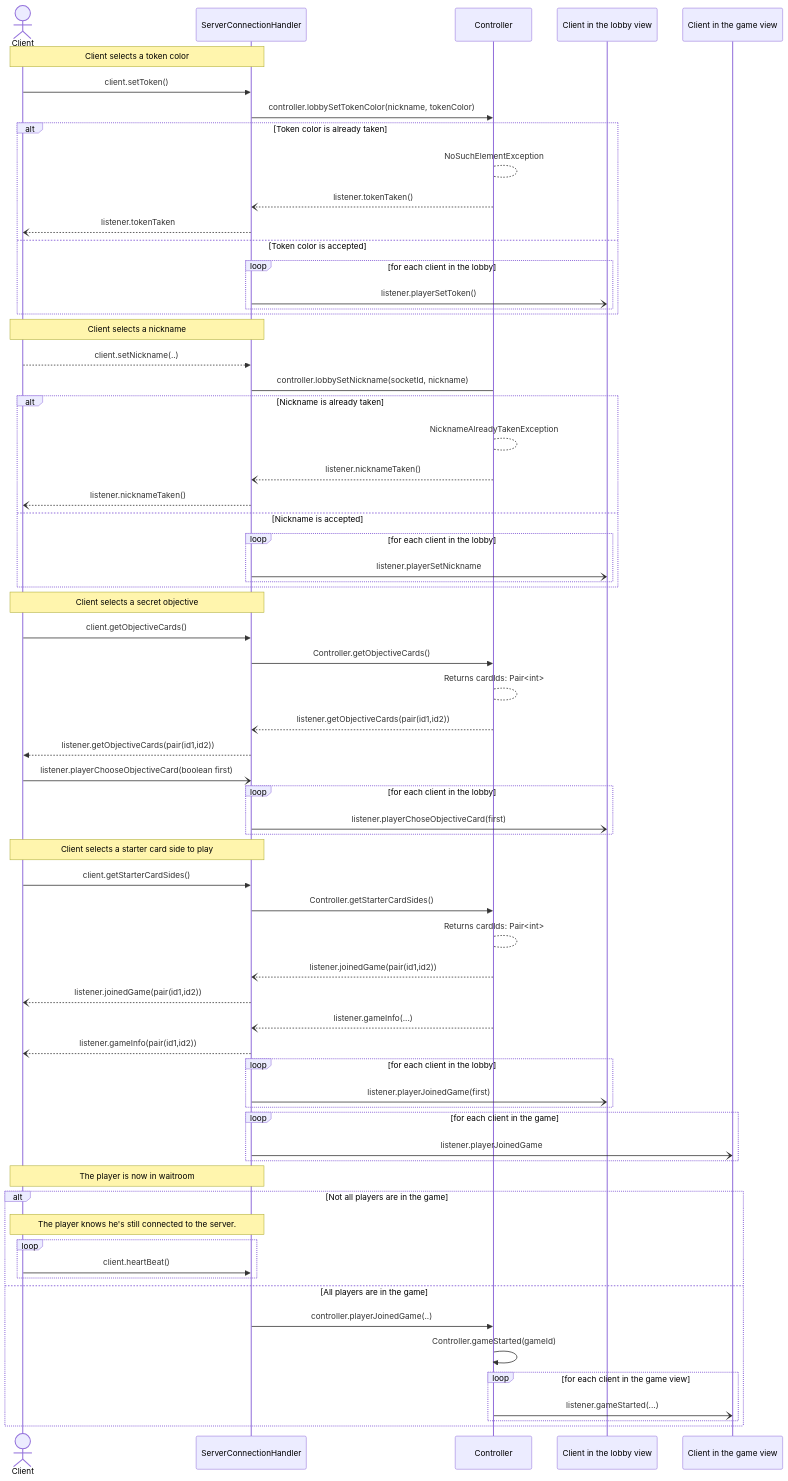
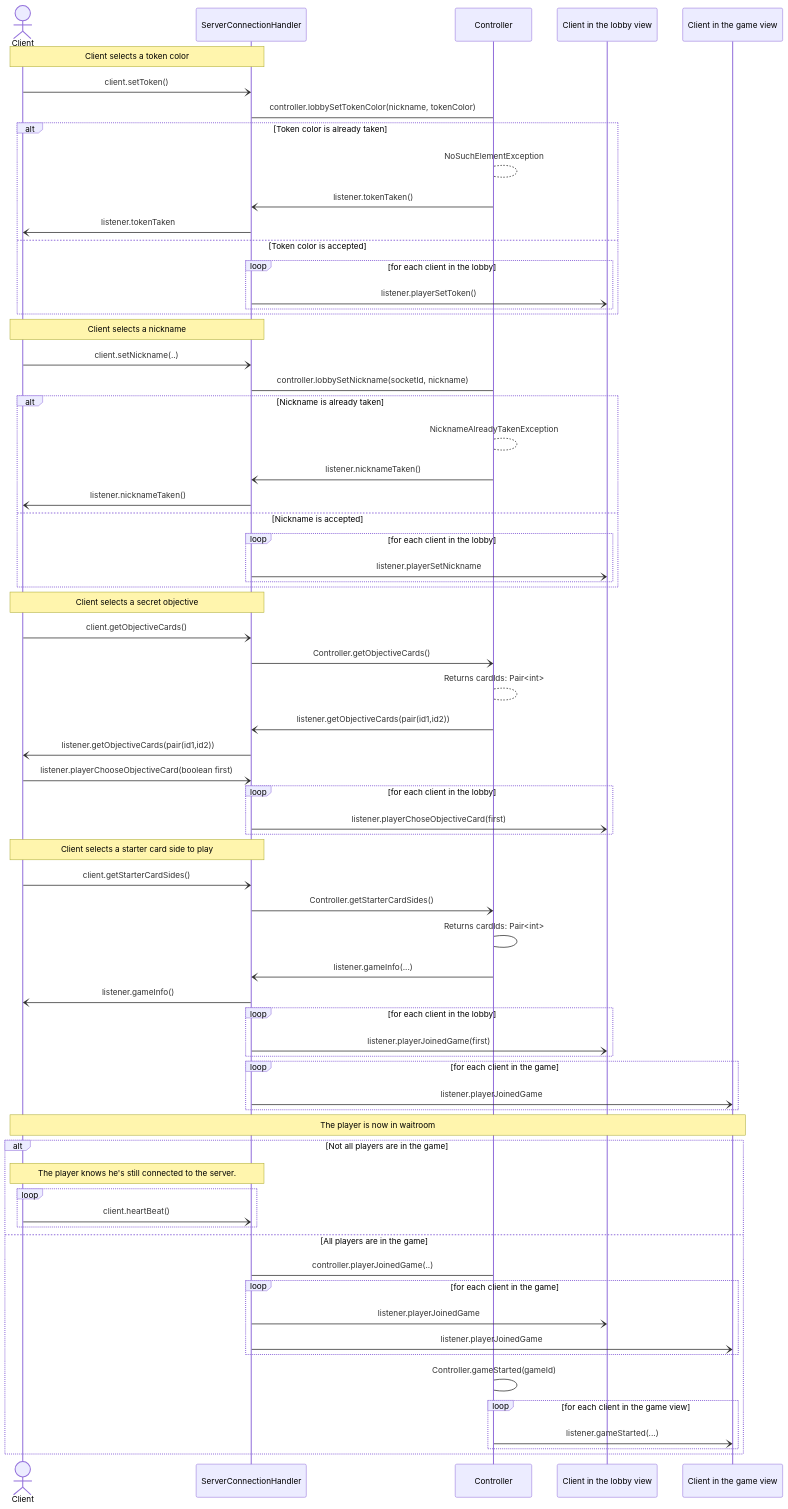
Before and after one commit to frephs/IS24-AM21: the sixth of 9 diagrams in documentation_wip/network_protocol.md, drawn with Mermaid. The commit also changed other lines of this file, not shown here.

```diff
--- a/documentation_wip/network_protocol.md
+++ b/documentation_wip/network_protocol.md
@@ -185,12 +185,12 @@
     # Player Token Color 
     Note over Client,ServerConnectionHandler : Client selects a token color
 
-        Client ->> ServerConnectionHandler : client.setToken() 
-        ServerConnectionHandler ->> Controller: controller.lobbySetTokenColor(nickname, tokenColor)
+        Client -) ServerConnectionHandler : client.setToken() 
+        ServerConnectionHandler -> Controller: controller.lobbySetTokenColor(nickname, tokenColor)
         alt Token color is already taken
             Controller --> Controller : NoSuchElementException
-            Controller --) ServerConnectionHandler : listener.tokenTaken() 
-            ServerConnectionHandler --) Client : listener.tokenTaken
+            Controller -) ServerConnectionHandler : listener.tokenTaken() 
+            ServerConnectionHandler -) Client : listener.tokenTaken
         else Token color is accepted
             loop for each client in the lobby
                 ServerConnectionHandler -) Client in the lobby view:  listener.playerSetToken()
@@ -199,12 +199,12 @@
 
     # Player Nickname
     Note over Client,ServerConnectionHandler : Client selects a nickname
-        Client -->> ServerConnectionHandler : client.setNickname(..)
+        Client -) ServerConnectionHandler : client.setNickname(..)
         ServerConnectionHandler -> Controller: controller.lobbySetNickname(socketId, nickname)
         alt Nickname is already taken   
             Controller --> Controller: NicknameAlreadyTakenException
-            Controller --) ServerConnectionHandler : listener.nicknameTaken()
-            ServerConnectionHandler --) Client : listener.nicknameTaken()
+            Controller -) ServerConnectionHandler : listener.nicknameTaken()
+            ServerConnectionHandler -) Client : listener.nicknameTaken()
         else Nickname is accepted
             loop for each client in the lobby
                 ServerConnectionHandler -) Client in the lobby view:  listener.playerSetNickname
@@ -216,11 +216,11 @@
 
     # Player Secret Objective 
     Note over Client,ServerConnectionHandler: Client selects a secret objective
-    Client ->> ServerConnectionHandler : client.getObjectiveCards()
-    ServerConnectionHandler ->> Controller : Controller.getObjectiveCards()
+    Client -) ServerConnectionHandler : client.getObjectiveCards()
+    ServerConnectionHandler -) Controller : Controller.getObjectiveCards()
     Controller --> Controller : Returns cardIds: Pair<int> 
-    Controller --) ServerConnectionHandler : listener.getObjectiveCards(pair(id1,id2))
-    ServerConnectionHandler -->> Client : listener.getObjectiveCards(pair(id1,id2))
+    Controller -) ServerConnectionHandler : listener.getObjectiveCards(pair(id1,id2))
+    ServerConnectionHandler -) Client : listener.getObjectiveCards(pair(id1,id2))
     
     Client -) ServerConnectionHandler : listener.playerChooseObjectiveCard(boolean first) 
      loop for each client in the lobby
@@ -230,13 +230,11 @@
 
     # Player Starter Card Side to Place
     Note over Client,ServerConnectionHandler: Client selects a starter card side to play
-    Client ->> ServerConnectionHandler : client.getStarterCardSides()
-    ServerConnectionHandler ->> Controller : Controller.getStarterCardSides()
-    Controller --> Controller : Returns cardIds: Pair<int> 
-    Controller --) ServerConnectionHandler : listener.joinedGame(pair(id1,id2))
-    ServerConnectionHandler --) Client : listener.joinedGame(pair(id1,id2))
-    Controller --) ServerConnectionHandler : listener.gameInfo(...)
-    ServerConnectionHandler --) Client : listener.gameInfo(pair(id1,id2))
+    Client -) ServerConnectionHandler : client.getStarterCardSides()
+    ServerConnectionHandler -) Controller : Controller.getStarterCardSides()
+    Controller -> Controller : Returns cardIds: Pair<int> 
+    Controller -) ServerConnectionHandler : listener.gameInfo(...)
+    ServerConnectionHandler -) Client : listener.gameInfo()
 
     
      loop for each client in the lobby 
@@ -247,16 +245,20 @@
         ServerConnectionHandler -) Client in the game view: listener.playerJoinedGame
     end
 
-    Note over Client,ServerConnectionHandler: The player is now in waitroom
+    Note over Client,Client in the game view: The player is now in waitroom
     
     alt Not all players are in the game
         Note over Client,ServerConnectionHandler: The player knows he's still connected to the server.
     loop
-        Client ->> ServerConnectionHandler : client.heartBeat()
+        Client -) ServerConnectionHandler : client.heartBeat()
     end
     else All players are in the game
-        ServerConnectionHandler ->> Controller: controller.playerJoinedGame(..)
-        Controller ->> Controller : Controller.gameStarted(gameId)
+        ServerConnectionHandler -> Controller: controller.playerJoinedGame(..)
+        loop for each client in the game
+        ServerConnectionHandler -) Client in the lobby view: listener.playerJoinedGame
+        ServerConnectionHandler -) Client in the game view: listener.playerJoinedGame
+    end
+        Controller -> Controller : Controller.gameStarted(gameId)
         loop for each client in the game view
             Controller -) Client in the game view: listener.gameStarted(...)
         end
```
